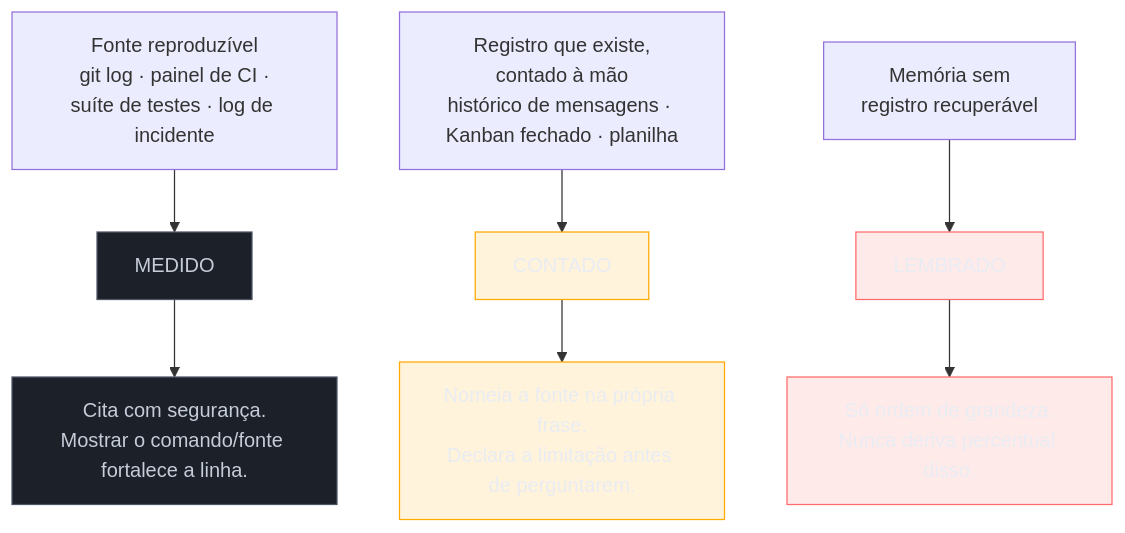
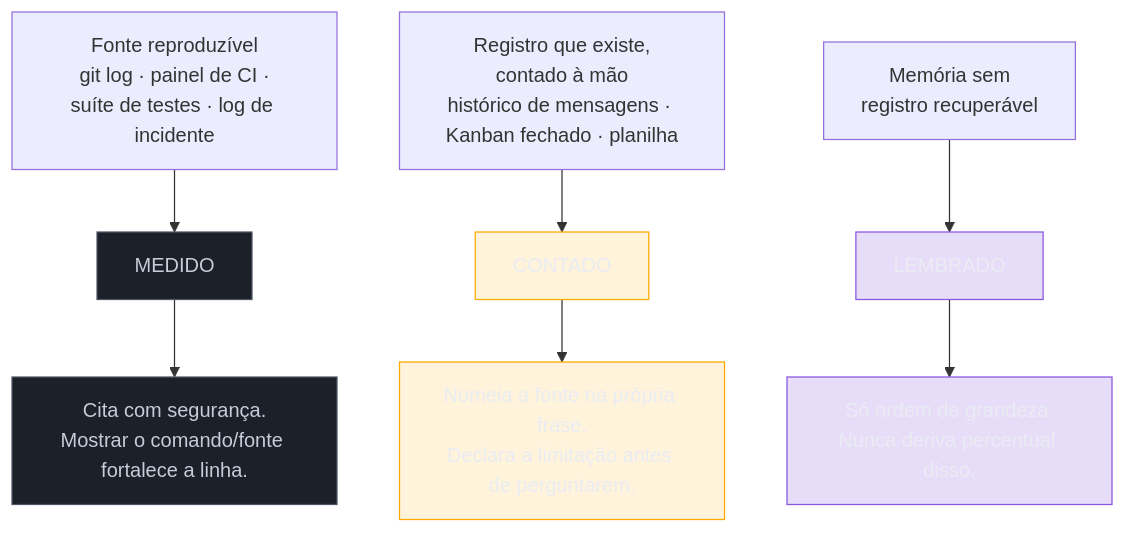
One commit to josenaldo/codex-technomanticus changed the diagram in 03-Dominios/Carreira/Currículo/14 - Números que você pode defender.md. Above: the diagram before and after it, drawn with Mermaid. The commit also changed 601 other files, not shown here.

````diff
--- a/03-Dominios/Carreira/Currículo/14 - Números que você pode defender.md
+++ b/03-Dominios/Carreira/Currículo/14 - Números que você pode defender.md
@@ -63,20 +63,20 @@
 ```mermaid
 graph TD
+    classDef marca fill:#8855DF33,stroke:#8855DF,color:#E9ECF2
     classDef neutro fill:#1B2029,stroke:#4E5666,color:#C6CCD8
     classDef destaque fill:#FFAA0024,stroke:#FFAA00,color:#E9ECF2
-    classDef falha fill:#FF6B6B24,stroke:#FF6B6B,color:#E9ECF2
     F1["Fonte reproduzível<br/>git log · painel de CI ·<br/>suíte de testes · log de incidente"] --> M["MEDIDO"]
     F2["Registro que existe,<br/>contado à mão<br/>histórico de mensagens · Kanban fechado · planilha"] --> C["CONTADO"]
     F3["Memória sem<br/>registro recuperável"] --> L["LEMBRADO"]
 
     M --> MA["Cita com segurança.<br/>Mostrar o comando/fonte fortalece a linha."]
     C --> CA["Nomeia a fonte na própria frase.<br/>Declara a limitação antes de perguntarem."]
     L --> LA["Só ordem de grandeza.<br/>Nunca deriva percentual disso."]
 
     class M neutro
     class C destaque
-    class L falha
+    class L marca
     class MA neutro
     class CA destaque
-    class LA falha
+    class LA marca
 ```
````
